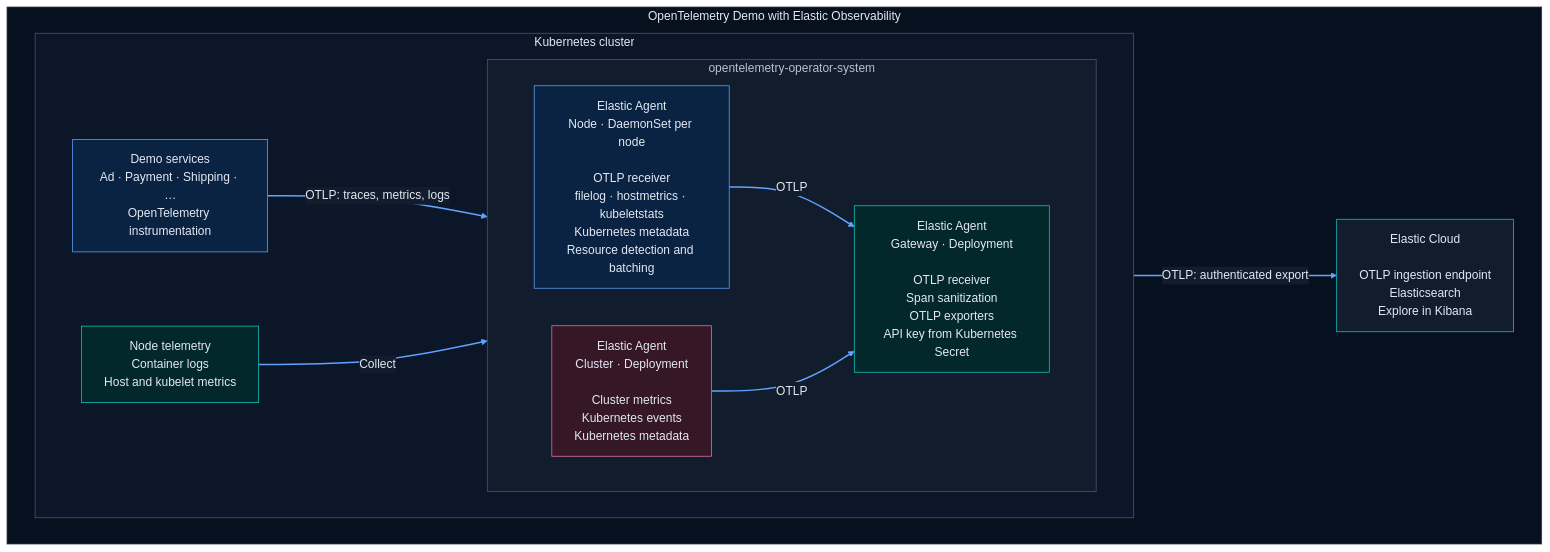
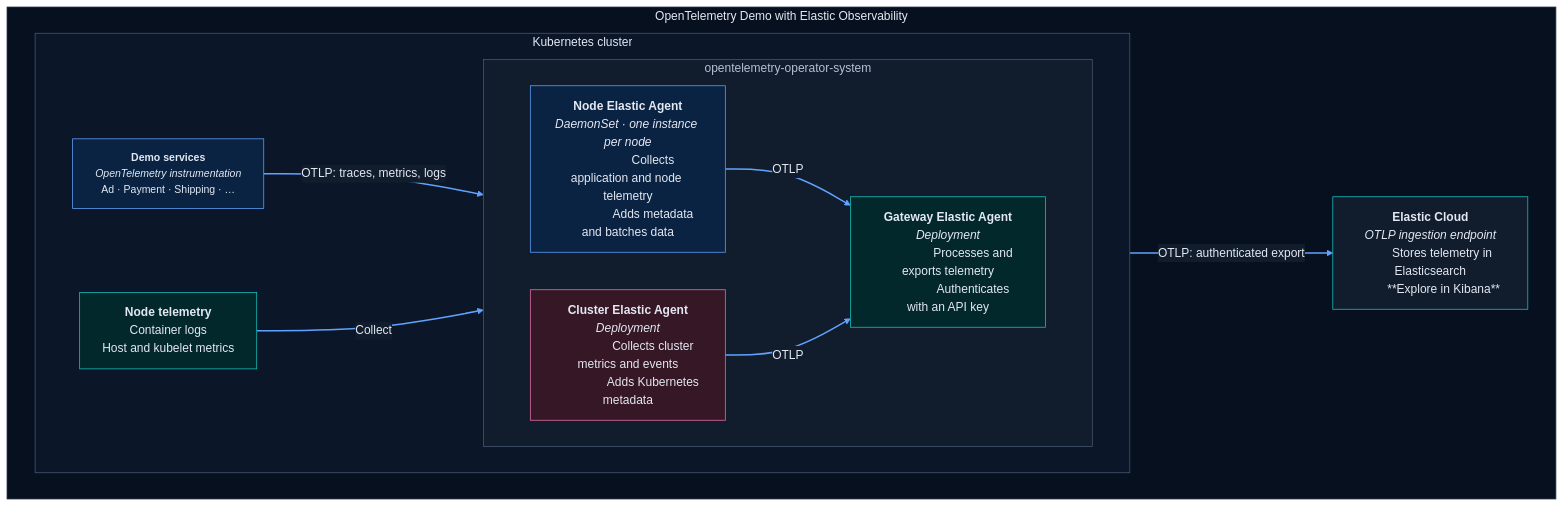
One commit to osullivandonal/opentelemetry-demo changed the diagram in .github/README.md. Above: the diagram before and after it, drawn with Mermaid. The commit also changed other lines of this file, not shown here.

Commit message:
docs: clarify hierarchy in Kubernetes architecture labels

````diff
--- a/.github/README.md
+++ b/.github/README.md
@@ -218,47 +218,70 @@
 ```mermaid
-%%{init: {"theme": "base", "themeVariables": {"darkMode": true, "background": "#07101F", "primaryColor": "#0A2342", "primaryTextColor": "#E3E8F2", "primaryBorderColor": "#61A2FF", "lineColor": "#61A2FF", "textColor": "#E3E8F2", "edgeLabelBackground": "#111C2C", "clusterBkg": "#0B1628", "clusterBorder": "#485975"}}}%%
+%%{init: {"theme": "base", "themeVariables": {"darkMode": true, "fontSize": "16px", "background": "#07101F", "primaryColor": "#0A2342", "primaryTextColor": "#E3E8F2", "primaryBorderColor": "#61A2FF", "lineColor": "#61A2FF", "textColor": "#E3E8F2", "edgeLabelBackground": "#111C2C", "clusterBkg": "#0B1628", "clusterBorder": "#485975"}}}%%
 flowchart LR
     subgraph ARCH["OpenTelemetry Demo with Elastic Observability"]
         direction LR
         subgraph K8S["Kubernetes cluster"]
             direction LR
 
-            APP["Demo services<br/>Ad · Payment · Shipping · …<br/>OpenTelemetry instrumentation"]
-            NODE["Node telemetry<br/>Container logs<br/>Host and kubelet metrics"]
+            APP["`**Demo services**
+            *OpenTelemetry instrumentation*
+            Ad · Payment · Shipping · …`"]
+            NODE["`**Node telemetry**
+            Container logs
+            Host and kubelet metrics`"]
 
             subgraph AGENTS["opentelemetry-operator-system"]
                 direction LR
 
-                DAEMON["Elastic Agent<br/>Node · DaemonSet per node<br/><br/>OTLP receiver<br/>filelog · hostmetrics · kubeletstats<br/>Kubernetes metadata<br/>Resource detection and batching"]
+                DAEMON["`**Node Elastic Agent**
+                *DaemonSet · one instance per node*
 
-                CLUSTER["Elastic Agent<br/>Cluster · Deployment<br/><br/>Cluster metrics<br/>Kubernetes events<br/>Kubernetes metadata"]
+                Collects application and node telemetry
+                Adds metadata and batches data`"]
 
-                GATEWAY["Elastic Agent<br/>Gateway · Deployment<br/><br/>OTLP receiver<br/>Span sanitization<br/>OTLP exporters<br/>API key from Kubernetes Secret"]
+                CLUSTER["`**Cluster Elastic Agent**
+                *Deployment*
+
+                Collects cluster metrics and events
+                Adds Kubernetes metadata`"]
+
+                GATEWAY["`**Gateway Elastic Agent**
+                *Deployment*
+
+                Processes and exports telemetry
+                Authenticates with an API key`"]
             end
 
             APP -->|"OTLP: traces, metrics, logs"| DAEMON
             NODE -->|Collect| DAEMON
             DAEMON -->|OTLP| GATEWAY
             CLUSTER -->|OTLP| GATEWAY
         end
 
-        CLOUD["Elastic Cloud<br/><br/>OTLP ingestion endpoint<br/>Elasticsearch<br/>Explore in Kibana"]
+        CLOUD["`**Elastic Cloud**
+        *OTLP ingestion endpoint*
+
+        Stores telemetry in Elasticsearch
+        **Explore in Kibana**`"]
         GATEWAY -->|"OTLP: authenticated export"| CLOUD
 
     end
 
-    classDef application fill:#0A2342,stroke:#61A2FF,color:#E3E8F2
-    classDef node fill:#03282B,stroke:#16C5C0,color:#E3E8F2
-    classDef cluster fill:#351725,stroke:#EE72A6,color:#E3E8F2
-    classDef cloud fill:#111C2C,stroke:#16C5C0,color:#E3E8F2
+    classDef application fill:#0A2342,stroke:#61A2FF,color:#E3E8F2,font-size:16px
+    classDef node fill:#03282B,stroke:#16C5C0,color:#E3E8F2,font-size:16px
+    classDef cluster fill:#351725,stroke:#EE72A6,color:#E3E8F2,font-size:16px
+    classDef cloud fill:#111C2C,stroke:#16C5C0,color:#E3E8F2,font-size:16px
+
+    classDef source font-size:14px
 
     class APP,DAEMON application
+    class APP,NODE source
     class NODE,GATEWAY node
     class CLUSTER cluster
     class CLOUD cloud
 
     style ARCH fill:#07101F,stroke:#2B394F,color:#E3E8F2
     style K8S fill:#0B1628,stroke:#485975,color:#E3E8F2
     style AGENTS fill:#111C2C,stroke:#485975,color:#B4C1D5
     linkStyle default stroke:#61A2FF,stroke-width:2px
 ```
````
